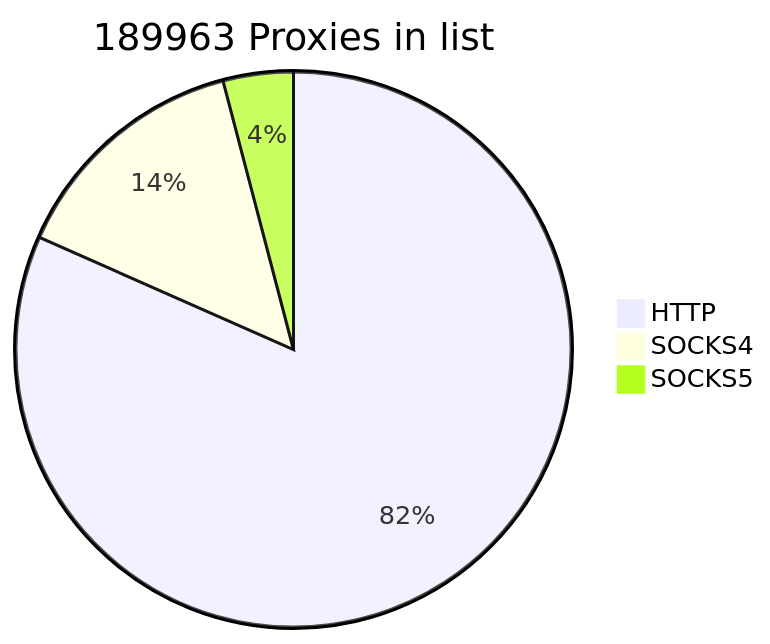
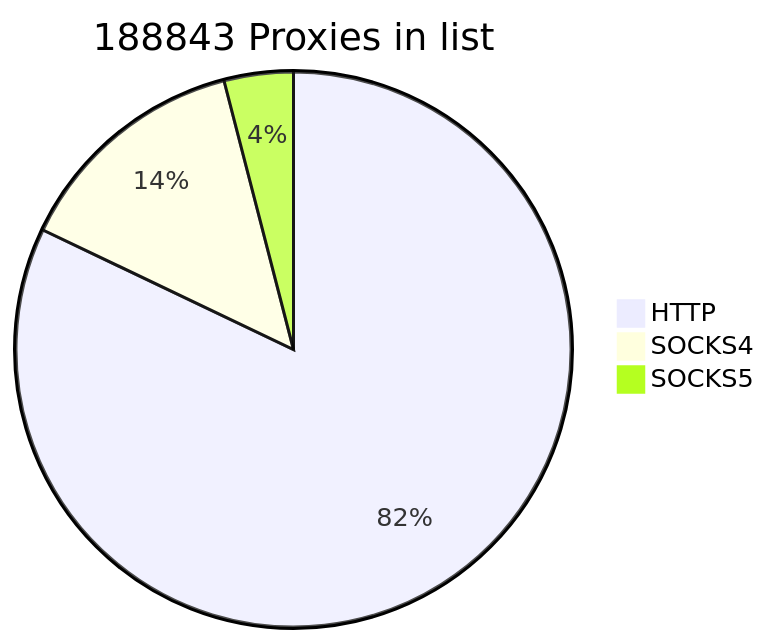
One commit to cutipu/proxylist changed the first of 2 diagrams in README.md. Above: the diagram before and after it, drawn with Mermaid. The commit also changed other lines of this file, not shown here.

````diff
--- a/README.md
+++ b/README.md
@@ -2,7 +2,7 @@
 ```mermaid
-pie title 189963 Proxies in list
-    "HTTP" : 155042
-    "SOCKS4" : 27168
-    "SOCKS5" : 7753
+pie title 188843 Proxies in list
+    "HTTP" : 155012
+    "SOCKS4" : 26230
+    "SOCKS5" : 7601
             
 ```
````
